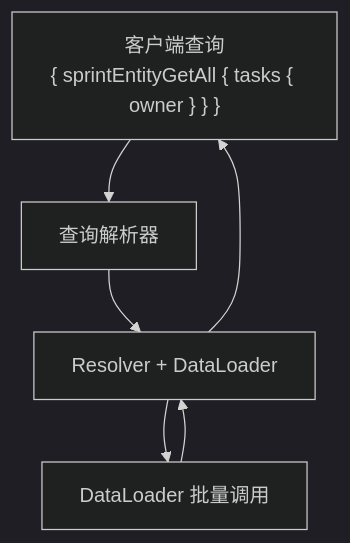
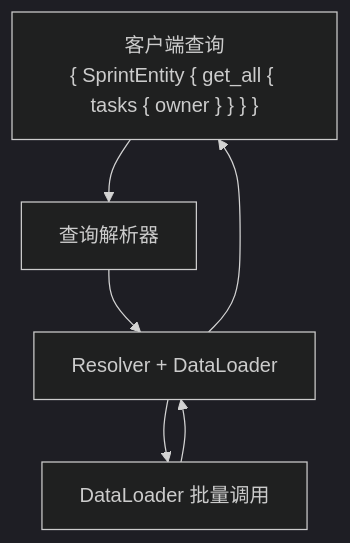
One commit to allmonday/pydantic-resolve changed the second of 2 diagrams in docs/graphql_guide.zh.md. Above: the diagram before and after it, drawn with Mermaid (dark theme). The commit also changed other lines of this file and 28 other files, not shown here.

````diff
--- a/docs/graphql_guide.zh.md
+++ b/docs/graphql_guide.zh.md
@@ -559,13 +565,13 @@
 ```mermaid
 flowchart TB
-    Q["客户端查询<br/>{ sprintEntityGetAll { tasks { owner } } }"]
+    Q["客户端查询<br/>{ SprintEntity { get_all { tasks { owner } } } }"]
     P["查询解析器"]
     R["Resolver + DataLoader"]
     D["DataLoader 批量调用"]
 
     Q --> P
     P --> R
     R --> D
     D --> R
     R --> Q
 ```
````
